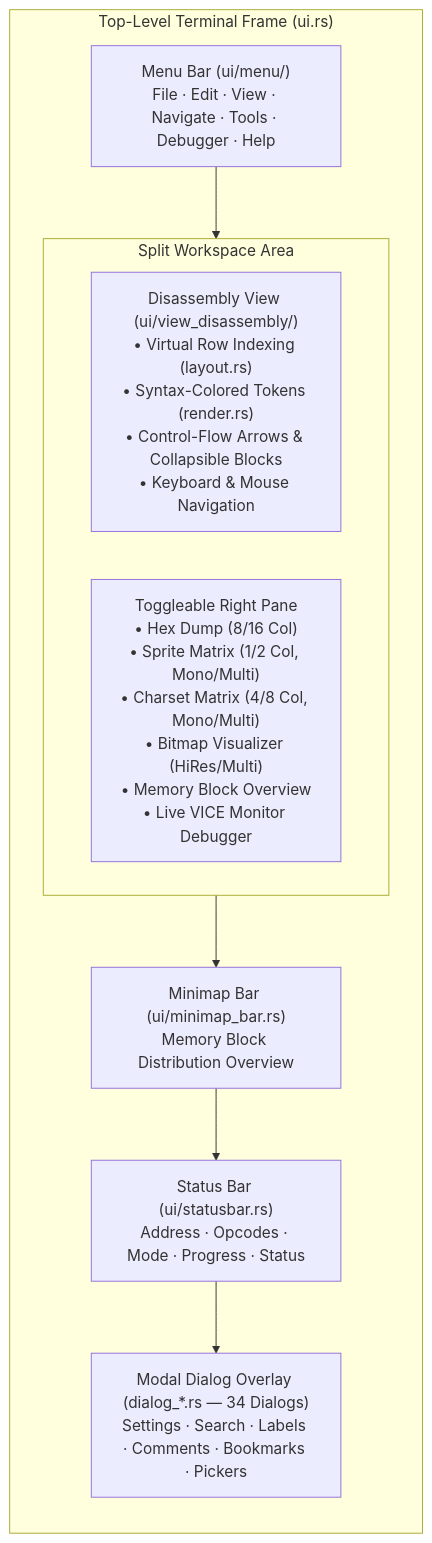
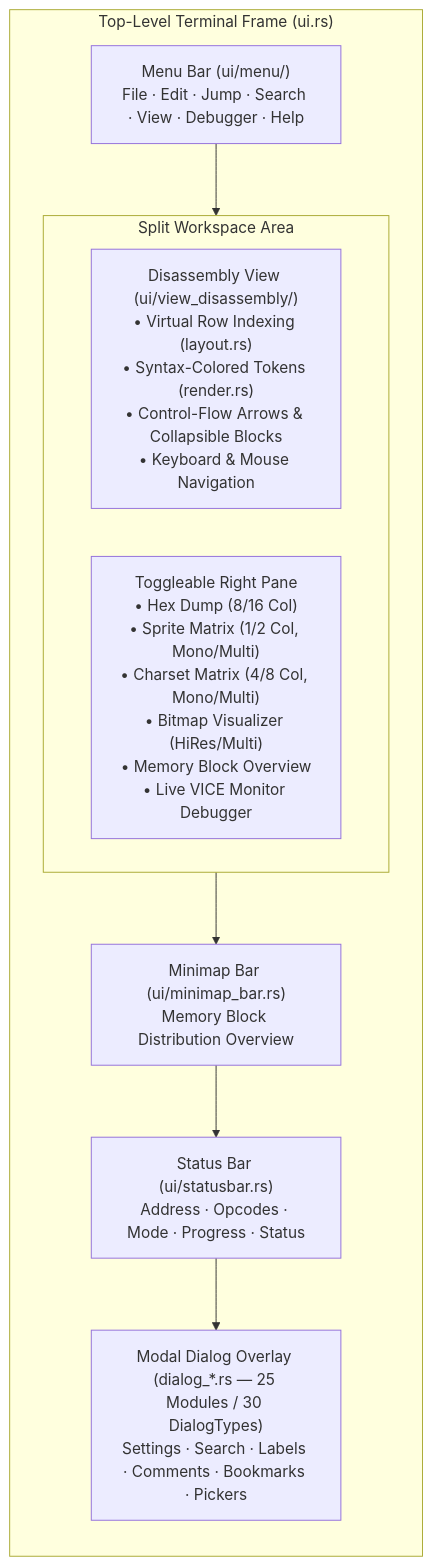
The seventh of 11 diagrams in docs/architecture.md (ricardoquesada/regenerator2000), drawn with Mermaid before and after one commit. The commit also changed other lines of this file and 10 other files, not shown here.

````diff
--- a/docs/architecture.md
+++ b/docs/architecture.md
@@ -471,22 +472,22 @@
 ```mermaid
 flowchart TB
     subgraph TUIFrame ["Top-Level Terminal Frame (ui.rs)"]
         direction TB
-        MenuBar["Menu Bar (ui/menu/)<br/>File · Edit · View · Navigate · Tools · Debugger · Help"]
+        MenuBar["Menu Bar (ui/menu/)<br/>File · Edit · Jump · Search · View · Debugger · Help"]
 
         subgraph MainWorkspace ["Split Workspace Area"]
             direction LR
             LeftPane["Disassembly View (ui/view_disassembly/)<br/>• Virtual Row Indexing (layout.rs)<br/>• Syntax-Colored Tokens (render.rs)<br/>• Control-Flow Arrows & Collapsible Blocks<br/>• Keyboard & Mouse Navigation"]
             RightPane["Toggleable Right Pane<br/>• Hex Dump (8/16 Col)<br/>• Sprite Matrix (1/2 Col, Mono/Multi)<br/>• Charset Matrix (4/8 Col, Mono/Multi)<br/>• Bitmap Visualizer (HiRes/Multi)<br/>• Memory Block Overview<br/>• Live VICE Monitor Debugger"]
         end
 
         Minimap["Minimap Bar (ui/minimap_bar.rs)<br/>Memory Block Distribution Overview"]
         StatusBar["Status Bar (ui/statusbar.rs)<br/>Address · Opcodes · Mode · Progress · Status"]
-        ModalOverlay["Modal Dialog Overlay (dialog_*.rs — 34 Dialogs)<br/>Settings · Search · Labels · Comments · Bookmarks · Pickers"]
+        ModalOverlay["Modal Dialog Overlay (dialog_*.rs — 25 Modules / 30 DialogTypes)<br/>Settings · Search · Labels · Comments · Bookmarks · Pickers"]
 
         MenuBar --> MainWorkspace
         MainWorkspace --> Minimap
         Minimap --> StatusBar
         StatusBar --> ModalOverlay
     end
 ```
````
